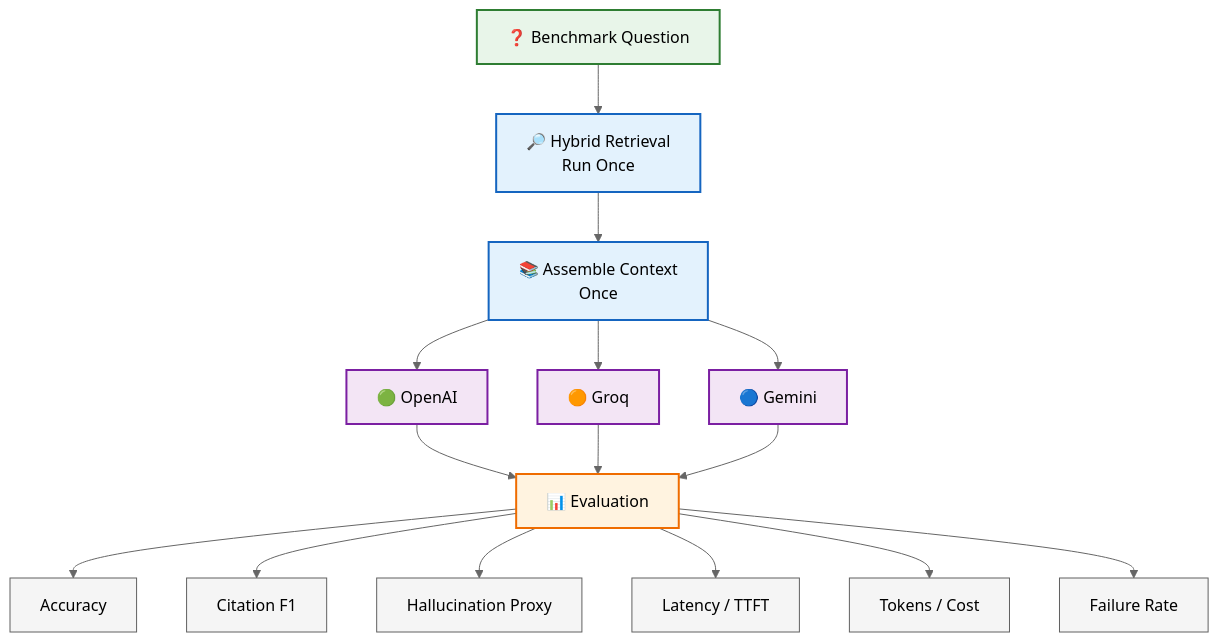
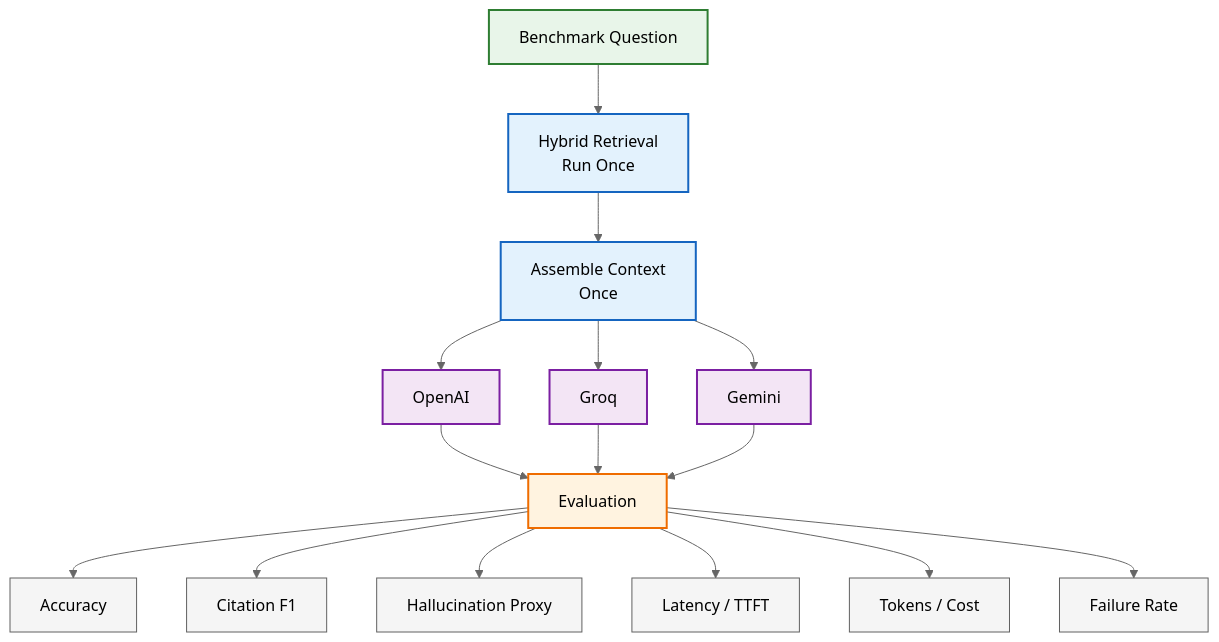
Before and after one commit to harmardir/armenian-legal-rag: the second of 2 diagrams in README.md, drawn with Mermaid (neutral theme).

Commit message:
Fix benchmark Mermaid diagram rendering

````diff
--- a/README.md
+++ b/README.md
@@ -224,32 +224,32 @@
 ```mermaid
 flowchart TD
-    A["❓ Benchmark Question"] --> B["🔎 Hybrid Retrieval<br/>Run Once"]
-    B --> C["📚 Assemble Context<br/>Once"]
+    A["Benchmark Question"] --> B["Hybrid Retrieval<br/>Run Once"]
+    B --> C["Assemble Context<br/>Once"]
 
-    C --> D["🟢 OpenAI"]
-    C --> E["🟠 Groq"]
-    C --> F["🔵 Gemini"]
+    C --> D["OpenAI"]
+    C --> E["Groq"]
+    C --> F["Gemini"]
 
-    D --> G["📊 Evaluation"]
+    D --> G["Evaluation"]
     E --> G
     F --> G
 
     G --> H["Accuracy"]
     G --> I["Citation F1"]
     G --> J["Hallucination Proxy"]
     G --> K["Latency / TTFT"]
     G --> L["Tokens / Cost"]
     G --> M["Failure Rate"]
 
-    classDef input fill:#e8f5e9,stroke:#2e7d32,stroke-width:2px,color:#000000;
-    classDef rag fill:#e3f2fd,stroke:#1565c0,stroke-width:2px,color:#000000;
-    classDef provider fill:#f3e5f5,stroke:#7b1fa2,stroke-width:2px,color:#000000;
-    classDef evaluation fill:#fff3e0,stroke:#ef6c00,stroke-width:2px,color:#000000;
-    classDef metric fill:#f5f5f5,stroke:#616161,stroke-width:1px,color:#000000;
+    classDef input fill:#e8f5e9,stroke:#2e7d32,stroke-width:2px,color:#000;
+    classDef rag fill:#e3f2fd,stroke:#1565c0,stroke-width:2px,color:#000;
+    classDef provider fill:#f3e5f5,stroke:#7b1fa2,stroke-width:2px,color:#000;
+    classDef evaluation fill:#fff3e0,stroke:#ef6c00,stroke-width:2px,color:#000;
+    classDef metric fill:#f5f5f5,stroke:#616161,stroke-width:1px,color:#000;
 
     class A input;
     class B,C rag;
     class D,E,F provider;
     class G evaluation;
     class H,I,J,K,L,M metric;
 ```
````
